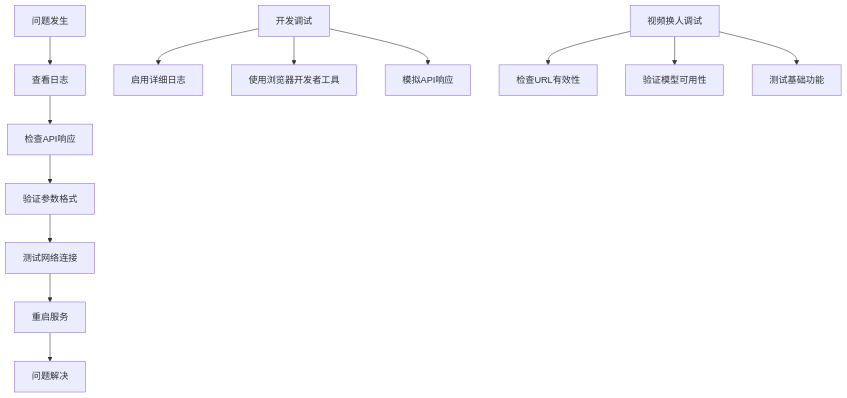
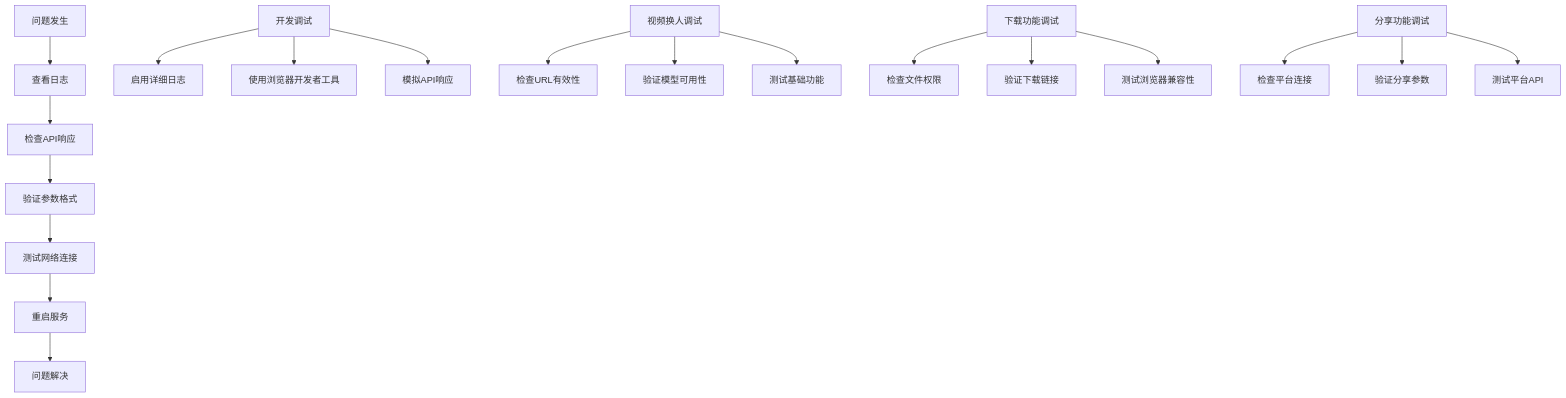
One commit to zuozuoliu740-cmd/xianxiong-news changed the eighth of 8 diagrams in .qoder/repowiki/zh/content/Dashscope Integration.md. Above: the diagram before and after it, drawn with Mermaid. The commit also changed other lines of this file and 20 other files, not shown here.

````diff
--- a/.qoder/repowiki/zh/content/Dashscope Integration.md
+++ b/.qoder/repowiki/zh/content/Dashscope Integration.md
@@ -501,15 +588,21 @@
 ```mermaid
 graph TD
 A[问题发生] --> B[查看日志]
 B --> C[检查API响应]
 C --> D[验证参数格式]
 D --> E[测试网络连接]
 E --> F[重启服务]
 F --> G[问题解决]
 H[开发调试] --> H1[启用详细日志]
 H --> H2[使用浏览器开发者工具]
 H --> H3[模拟API响应]
 I[视频换人调试] --> I1[检查URL有效性]
 I --> I2[验证模型可用性]
 I --> I3[测试基础功能]
+J[下载功能调试] --> J1[检查文件权限]
+J --> J2[验证下载链接]
+J --> J3[测试浏览器兼容性]
+K[分享功能调试] --> K1[检查平台连接]
+K --> K2[验证分享参数]
+K --> K3[测试平台API]
 ```
````
